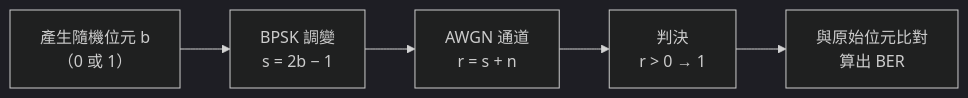
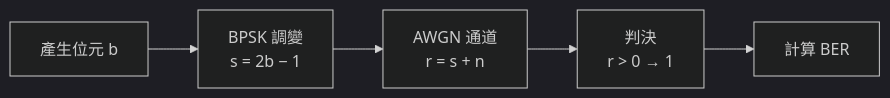
The diagram in 01_bpsk_ber/HACKMD.md (hhh1715/handson), drawn with Mermaid (dark theme) before and after one commit. The commit also changed other lines of this file and 3 other files, not shown here.

````diff
--- a/01_bpsk_ber/HACKMD.md
+++ b/01_bpsk_ber/HACKMD.md
@@ -135,7 +86,7 @@
 ```mermaid
 flowchart LR
-    A["產生隨機位元 b<br/>（0 或 1）"] --> B["BPSK 調變<br/>s = 2b − 1"]
+    A["產生位元 b"] --> B["BPSK 調變<br/>s = 2b − 1"]
     B --> C["AWGN 通道<br/>r = s + n"]
     C --> D["判決<br/>r > 0 → 1"]
-    D --> E["與原始位元比對<br/>算出 BER"]
+    D --> E["計算 BER"]
 ```
````
